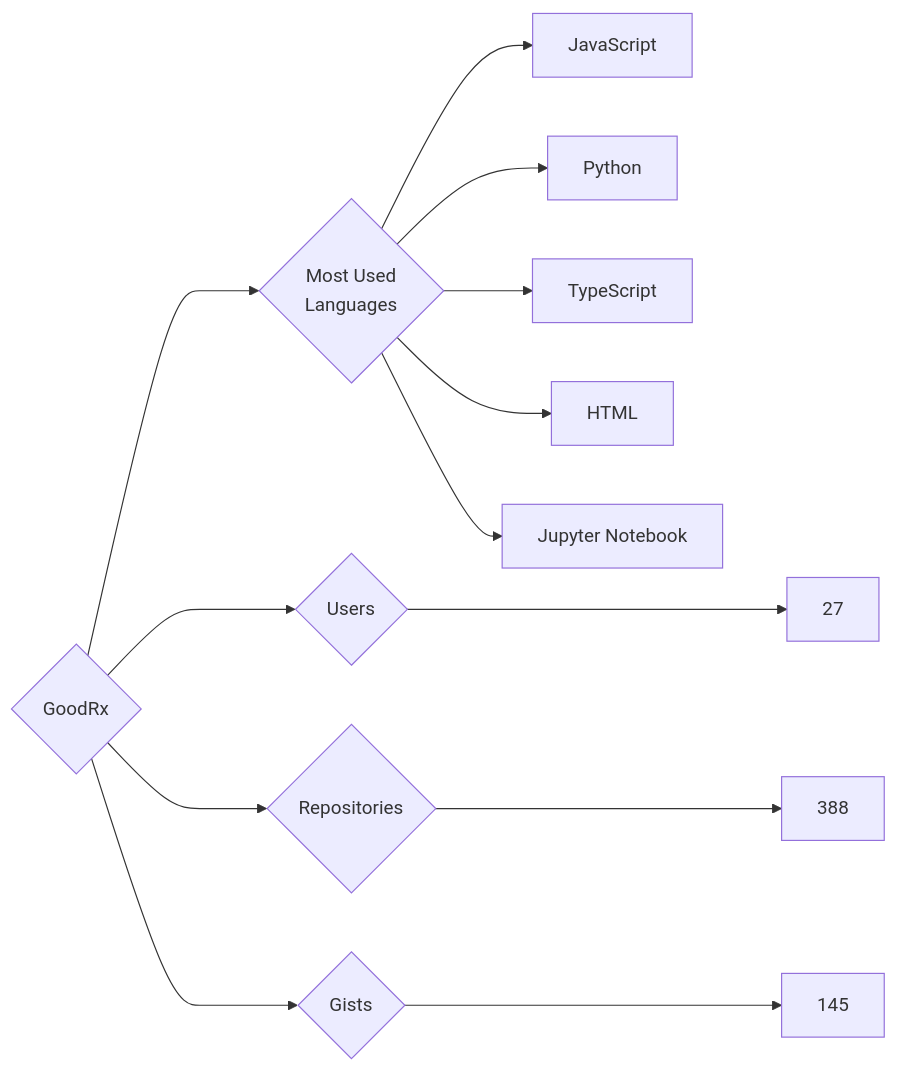
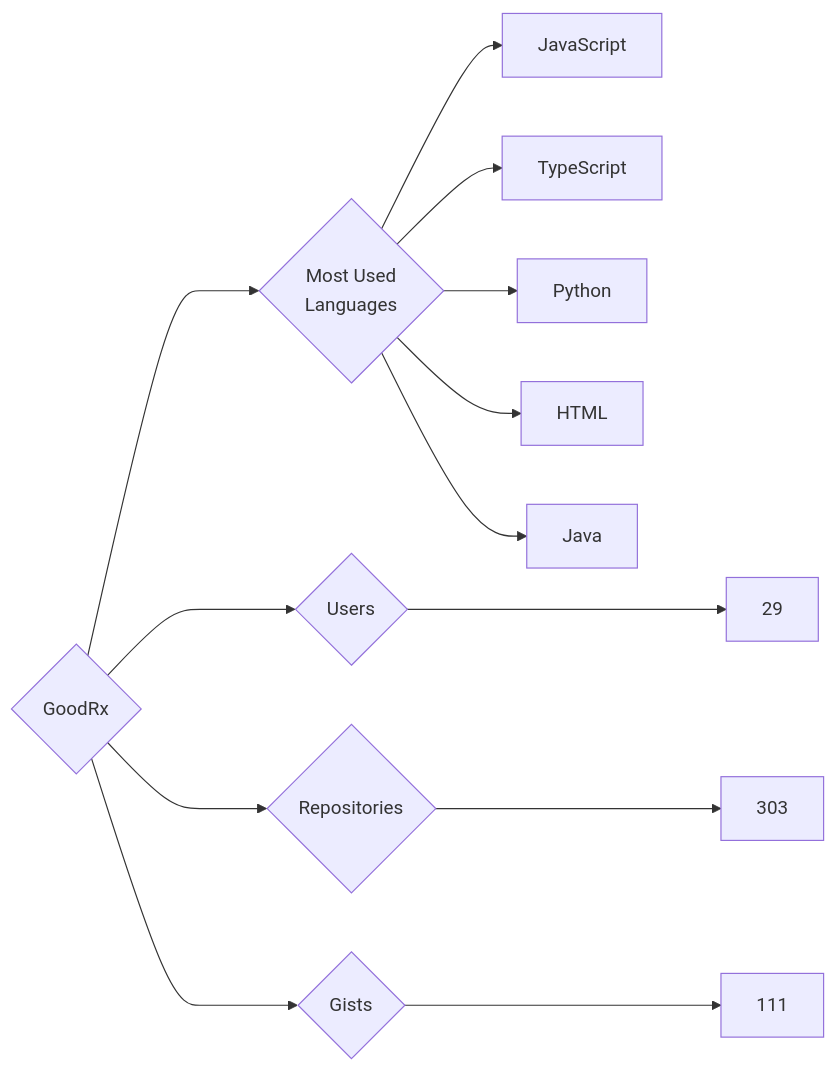
The diagram in targets/GoodRx/README.md (trickest/insiders), drawn with Mermaid before and after one commit. The commit also changed 1238 other files, not shown here.

````diff
--- a/targets/GoodRx/README.md
+++ b/targets/GoodRx/README.md
@@ -3,13 +3,13 @@
 ```mermaid
 graph LR
 COMPANY_NAME{GoodRx}
-COMPANY_NAME ---> U{Users} ---> UN[27]
-COMPANY_NAME ---> R{Repositories} ---> RN[388]
-COMPANY_NAME ---> G{Gists} ---> GN[145]
+COMPANY_NAME ---> U{Users} ---> UN[29]
+COMPANY_NAME ---> R{Repositories} ---> RN[303]
+COMPANY_NAME ---> G{Gists} ---> GN[111]
 COMPANY_NAME ---> ML{Most Used<br>Languages}
 ML --> JavaScript[JavaScript]
+ML --> TypeScript[TypeScript]
 ML --> Python[Python]
-ML --> TypeScript[TypeScript]
 ML --> HTML[HTML]
-ML --> Jupyter_Notebook[Jupyter Notebook]
+ML --> Java[Java]
 ```
````
